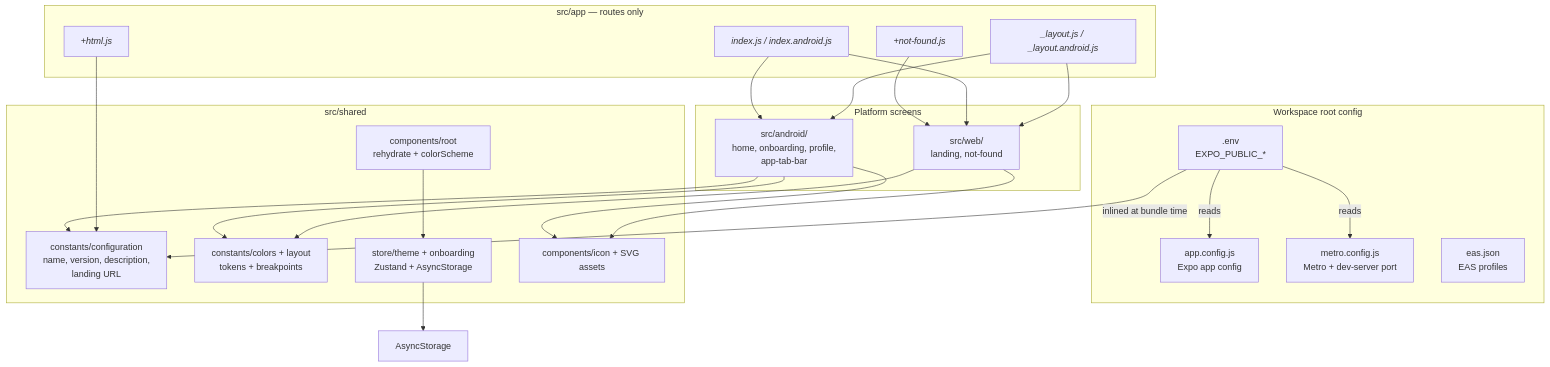
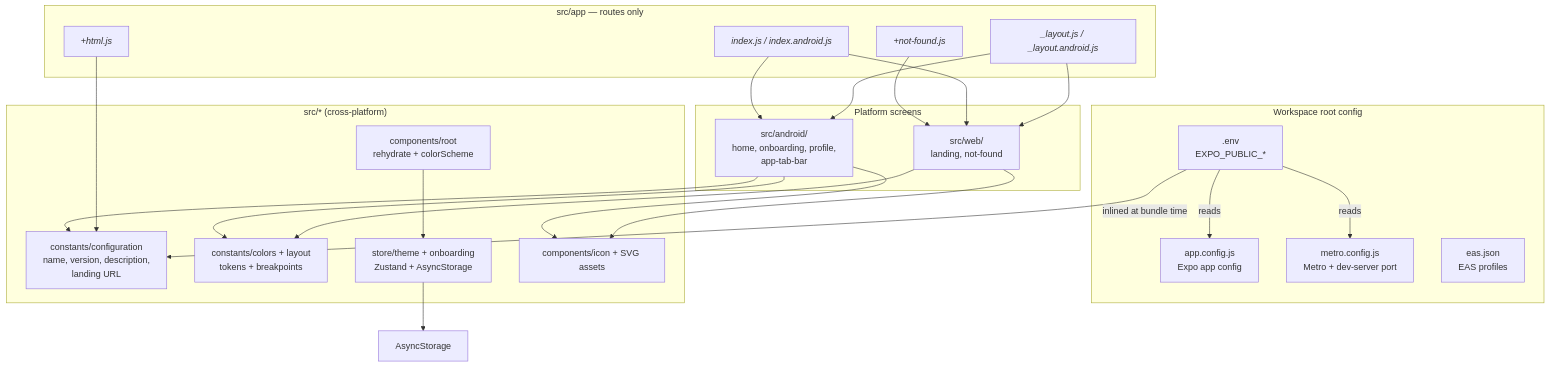
The first of 4 diagrams in CONTRIBUTING.md (yuriusuonly/tiptap), drawn with Mermaid before and after one commit. The commit also changed other lines of this file and 47 other files, not shown here.

First line of the commit message:
(refactor) move src/shared contents to src root

````diff
--- a/CONTRIBUTING.md
+++ b/CONTRIBUTING.md
@@ -26,47 +26,47 @@
 ```mermaid
 flowchart TB
     subgraph Config["Workspace root config"]
         ENV[".env<br/>EXPO_PUBLIC_*"]
         APPJS["app.config.js<br/>Expo app config"]
         METRO["metro.config.js<br/>Metro + dev-server port"]
         EAS["eas.json<br/>EAS profiles"]
     end
 
     ENV -->|reads| APPJS
     ENV -->|reads| METRO
     ENV -->|inlined at bundle time| CONF
 
     subgraph APP["src/app — routes only"]
         LAYOUT["<i>_layout.js / _layout.android.js</i>"]
         INDEX["<i>index.js / index.android.js</i>"]
         HTML["<i>+html.js</i>"]
         NF["<i>+not-found.js</i>"]
     end
 
     subgraph PLATFORM["Platform screens"]
         WEBF["src/web/<br/>landing, not-found"]
         ANDF["src/android/<br/>home, onboarding, profile,<br/>app-tab-bar"]
     end
 
-    subgraph SHARED["src/shared"]
+    subgraph SHARED["src/* (cross-platform)"]
         CONF["constants/configuration<br/>name, version, description,<br/>landing URL"]
         TOKENS["constants/colors + layout<br/>tokens + breakpoints"]
         ROOT["components/root<br/>rehydrate + colorScheme"]
         STORE["store/theme + onboarding<br/>Zustand + AsyncStorage"]
         ICON["components/icon + SVG assets"]
     end
 
     LAYOUT --> WEBF
     LAYOUT --> ANDF
     INDEX --> WEBF
     INDEX --> ANDF
     NF --> WEBF
     HTML --> CONF
     ANDF --> CONF
     ROOT --> STORE
     STORE --> CFG[AsyncStorage]
     WEBF --> ICON
     ANDF --> ICON
     WEBF --> TOKENS
     ANDF --> TOKENS
 ```
````
